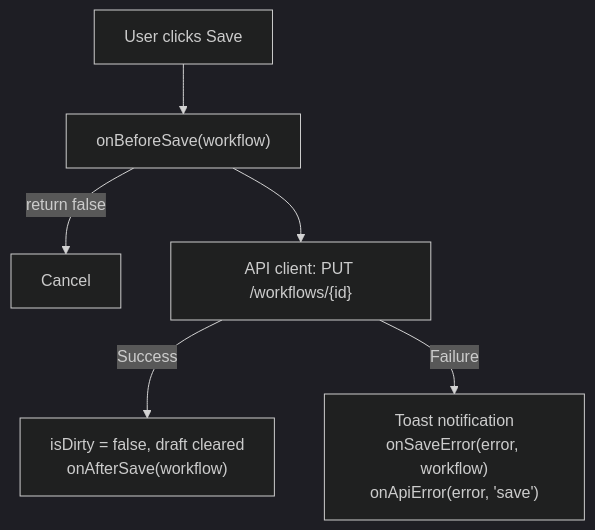
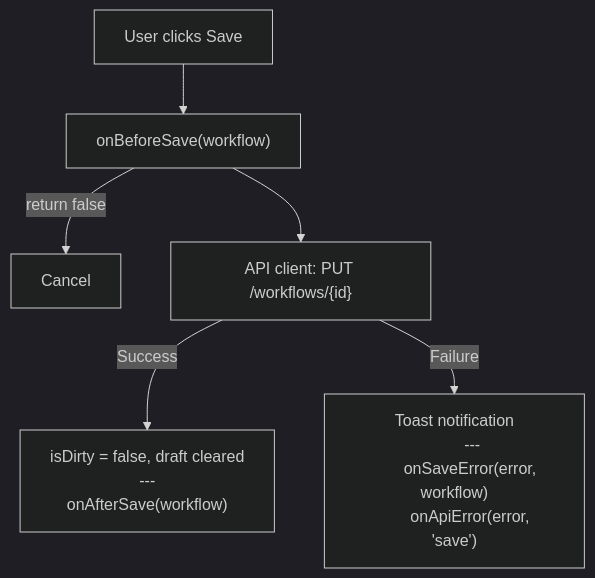
Before and after one commit to flowdrop-io/flowdrop: the fourth of 4 diagrams in apps/docs/src/content/docs/concepts/architecture-overview.md, drawn with Mermaid (dark theme). The commit also changed other lines of this file and 2 other files, not shown here.

First line of the commit message:
docs: add custom Mermaid theme based on FlowDrop design tokens

````diff
--- a/apps/docs/src/content/docs/concepts/architecture-overview.md
+++ b/apps/docs/src/content/docs/concepts/architecture-overview.md
@@ -138,8 +157,13 @@
 ```mermaid
 flowchart TD
   A["User clicks Save"] --> B["onBeforeSave(workflow)"]
   B -->|"return false"| X["Cancel"]
   B --> C["API client: PUT /workflows/{id}"]
-  C -->|"Success"| D["isDirty = false, draft cleared\nonAfterSave(workflow)"]
-  C -->|"Failure"| E["Toast notification\nonSaveError(error, workflow)\nonApiError(error, 'save')"]
+  C -->|"Success"| D["isDirty = false, draft cleared
+        ---
+        onAfterSave(workflow)"]
+  C -->|"Failure"| E["Toast notification
+        ---
+        onSaveError(error, workflow)
+        onApiError(error, 'save')"]
 ```
````
